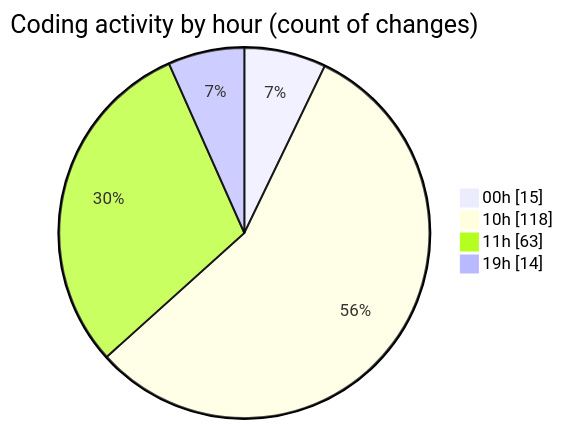
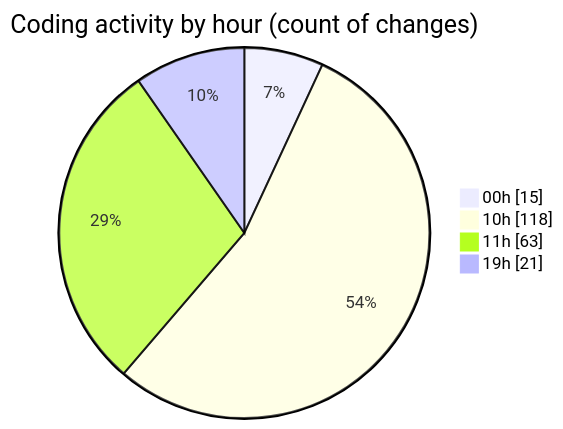
Before and after one commit to Ritupan-Deka/code-tracking: the second of 2 diagrams in 2026-01-11/dsa/README.md, drawn with Mermaid. The commit also changed other lines of this file and 1 other file, not shown here.

````diff
--- a/2026-01-11/dsa/README.md
+++ b/2026-01-11/dsa/README.md
@@ -29,8 +29,8 @@
 ```mermaid
 pie showData
 title Coding activity by hour (count of changes)
 "00h" : 15
 "10h" : 118
 "11h" : 63
-"19h" : 14
+"19h" : 21
 ```
````
